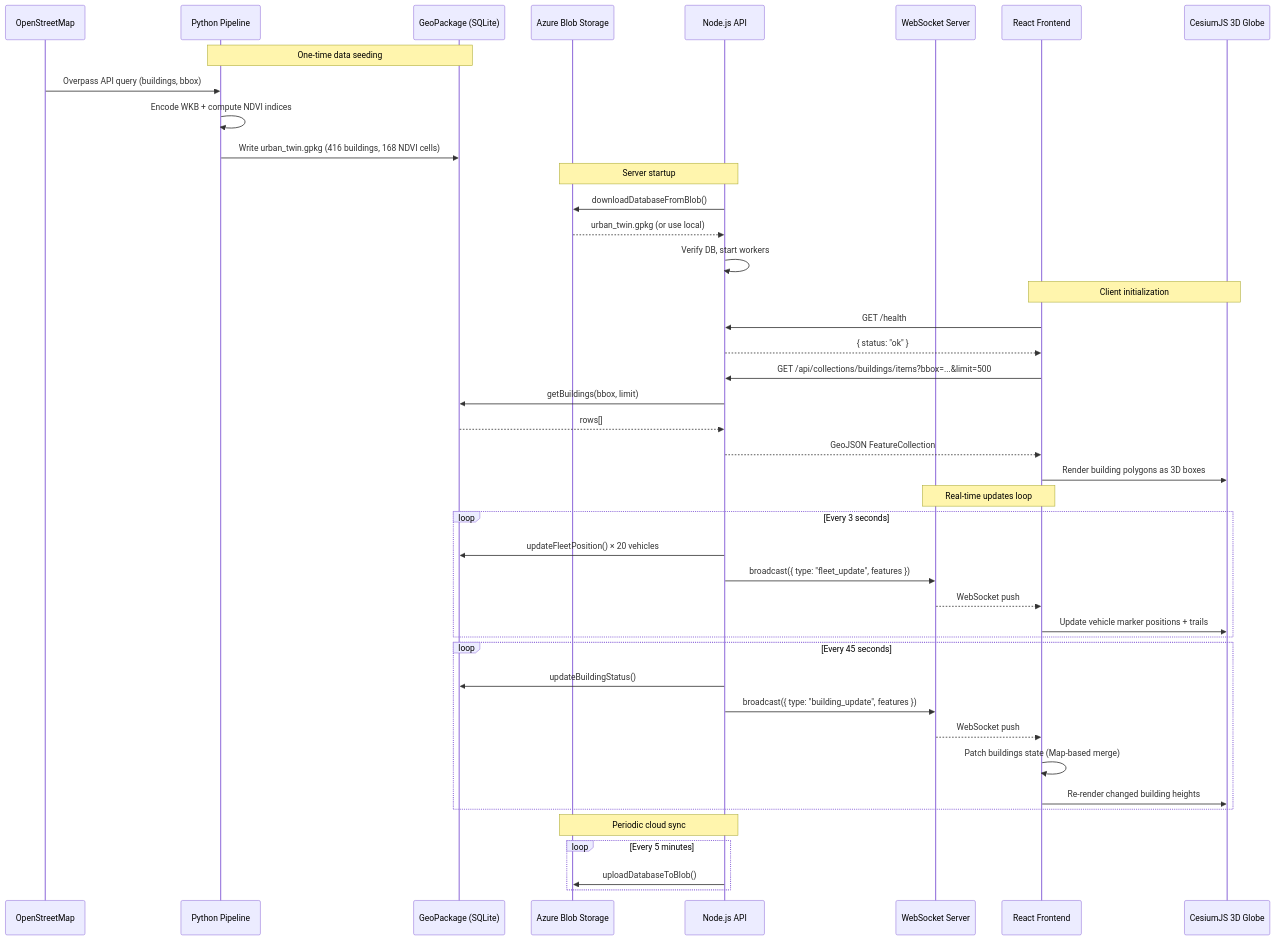
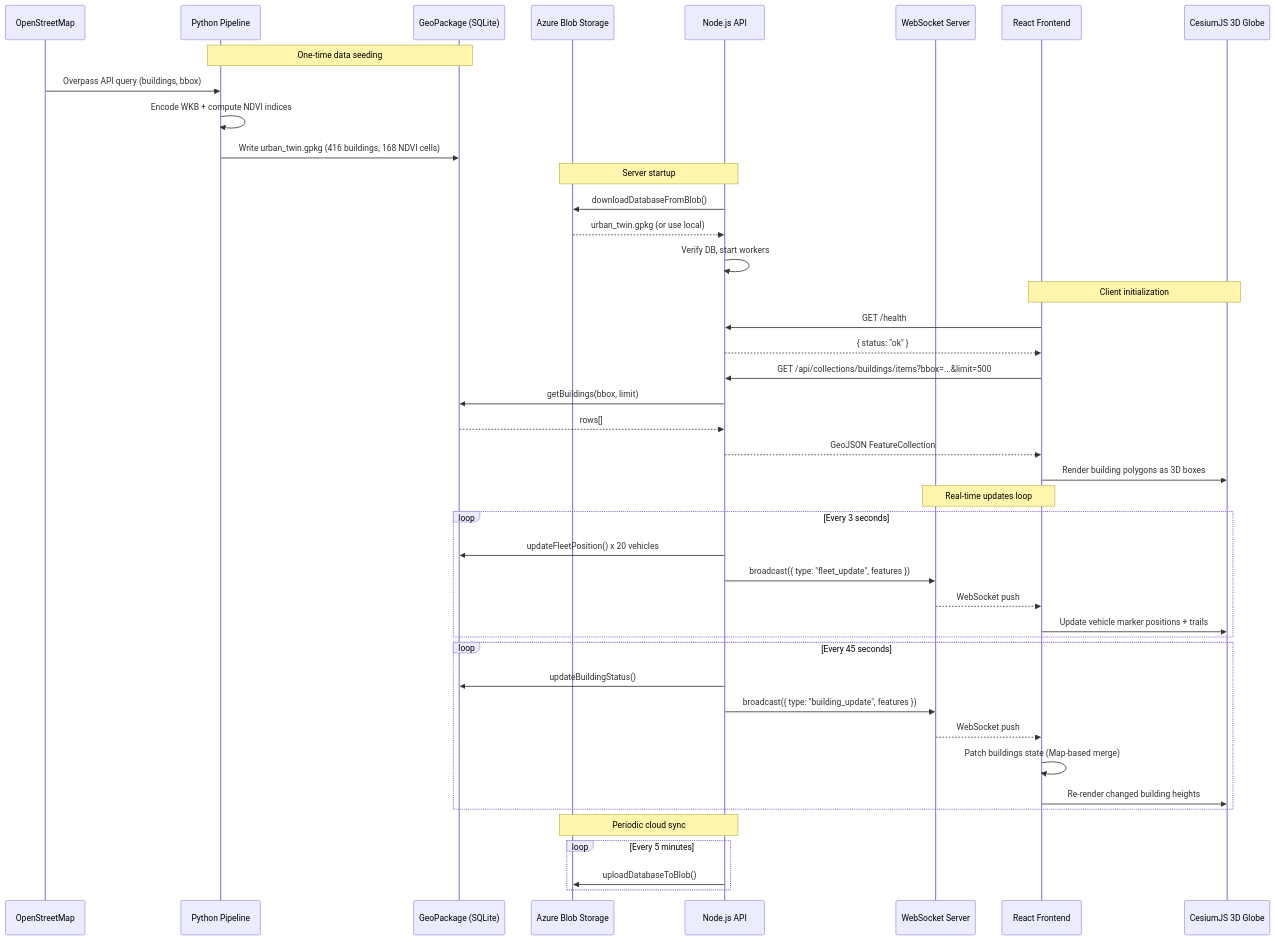
One commit to Selashkumar/3D-Urban-Digital-Twin changed the first of 5 diagrams in README.md. Above: the diagram before and after it, drawn with Mermaid. The commit also changed other lines of this file, not shown here.

````diff
--- a/README.md
+++ b/README.md
@@ -176,51 +180,51 @@
 ```mermaid
 sequenceDiagram
     participant OSM as OpenStreetMap
     participant PY as Python Pipeline
     participant GPKG as GeoPackage (SQLite)
     participant BLOB as Azure Blob Storage
     participant API as Node.js API
     participant WS as WebSocket Server
     participant FE as React Frontend
     participant CES as CesiumJS 3D Globe
 
     Note over PY,GPKG: One-time data seeding
     OSM->>PY: Overpass API query (buildings, bbox)
     PY->>PY: Encode WKB + compute NDVI indices
     PY->>GPKG: Write urban_twin.gpkg (416 buildings, 168 NDVI cells)
 
     Note over API,BLOB: Server startup
     API->>BLOB: downloadDatabaseFromBlob()
     BLOB-->>API: urban_twin.gpkg (or use local)
     API->>API: Verify DB, start workers
 
     Note over FE,CES: Client initialization
     FE->>API: GET /health
     API-->>FE: { status: "ok" }
     FE->>API: GET /api/collections/buildings/items?bbox=...&limit=500
     API->>GPKG: getBuildings(bbox, limit)
     GPKG-->>API: rows[]
     API-->>FE: GeoJSON FeatureCollection
     FE->>CES: Render building polygons as 3D boxes
 
     Note over WS,FE: Real-time updates loop
     loop Every 3 seconds
-        API->>GPKG: updateFleetPosition() × 20 vehicles
+        API->>GPKG: updateFleetPosition() x 20 vehicles
         API->>WS: broadcast({ type: "fleet_update", features })
         WS-->>FE: WebSocket push
         FE->>CES: Update vehicle marker positions + trails
     end
 
     loop Every 45 seconds
         API->>GPKG: updateBuildingStatus()
         API->>WS: broadcast({ type: "building_update", features })
         WS-->>FE: WebSocket push
         FE->>FE: Patch buildings state (Map-based merge)
         FE->>CES: Re-render changed building heights
     end
 
     Note over API,BLOB: Periodic cloud sync
     loop Every 5 minutes
         API->>BLOB: uploadDatabaseToBlob()
     end
 ```
````
